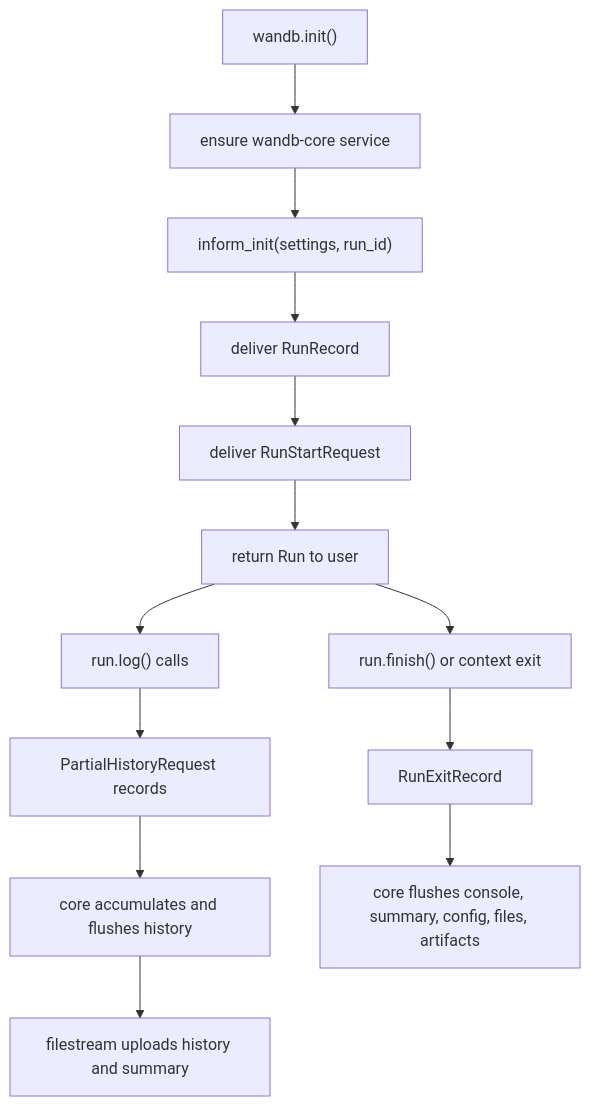
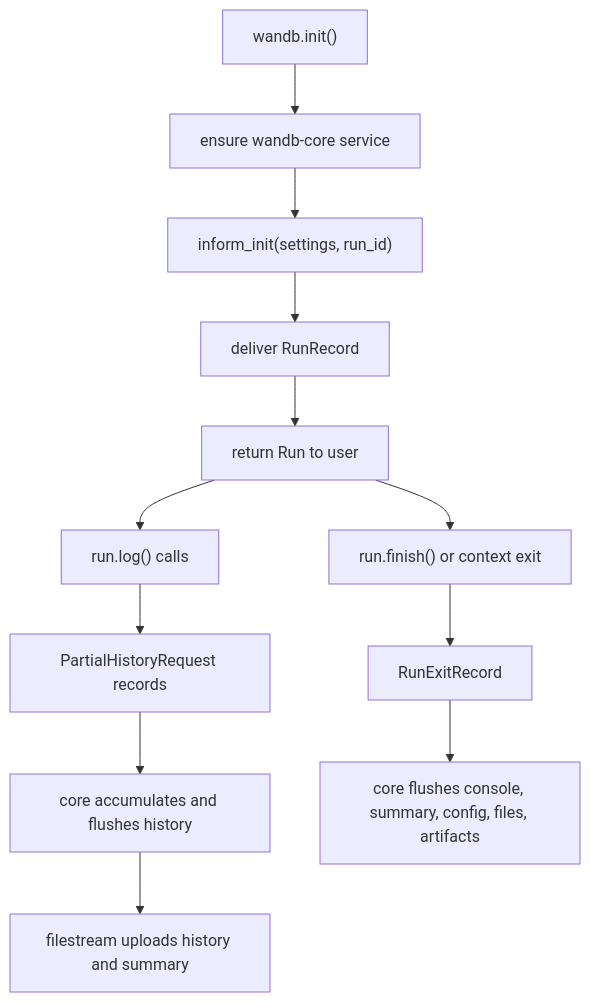
Before and after one commit to wandb/wandb: the first of 4 diagrams in docs/sdk/run-lifecycle.md, drawn with Mermaid. The commit also changed other lines of this file and 3 other files, not shown here.

````diff
--- a/docs/sdk/run-lifecycle.md
+++ b/docs/sdk/run-lifecycle.md
@@ -21,15 +21,14 @@
 ```mermaid
 flowchart TD
     Init["wandb.init()"] --> Service["ensure wandb-core service"]
     Service --> Inform["inform_init(settings, run_id)"]
     Inform --> RunRecord["deliver RunRecord"]
-    RunRecord --> RunStart["deliver RunStartRequest"]
-    RunStart --> User["return Run to user"]
+    RunRecord --> User["return Run to user"]
     User --> Log["run.log() calls"]
     Log --> Partial["PartialHistoryRequest records"]
     Partial --> CoreHistory["core accumulates and flushes history"]
     CoreHistory --> FileStream["filestream uploads history and summary"]
     User --> Finish["run.finish() or context exit"]
     Finish --> Exit["RunExitRecord"]
     Exit --> Flush["core flushes console, summary, config, files, artifacts"]
 ```
````
